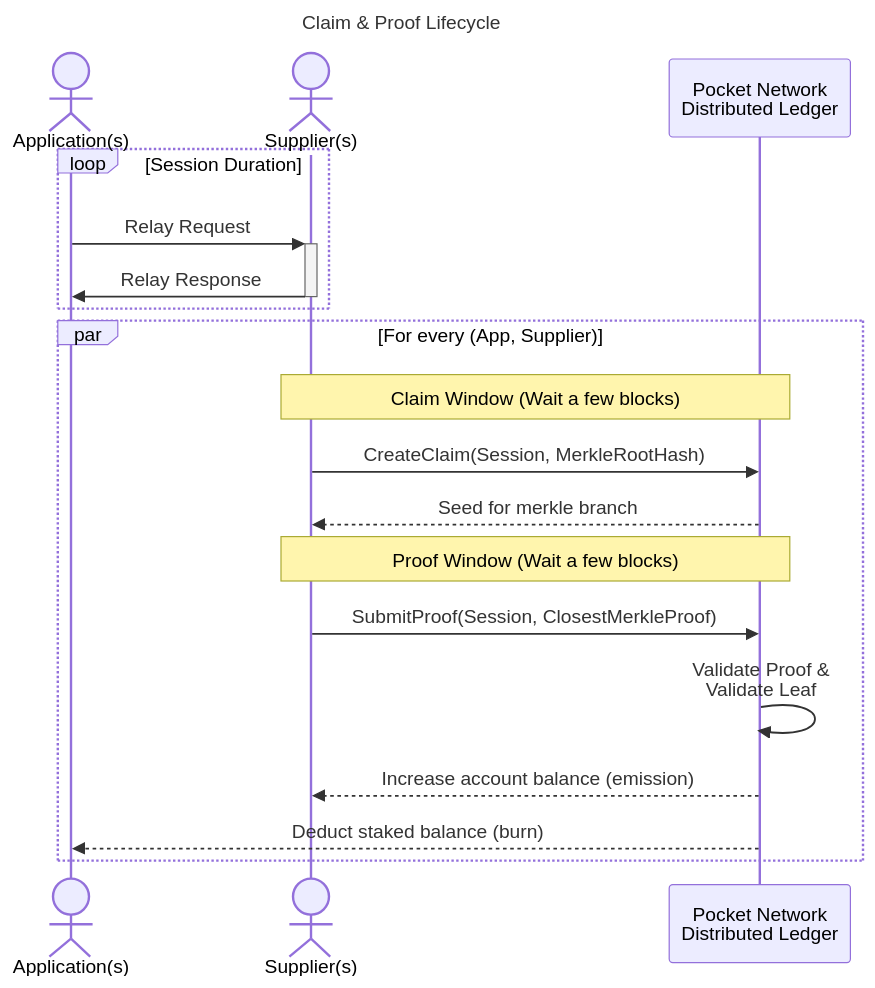
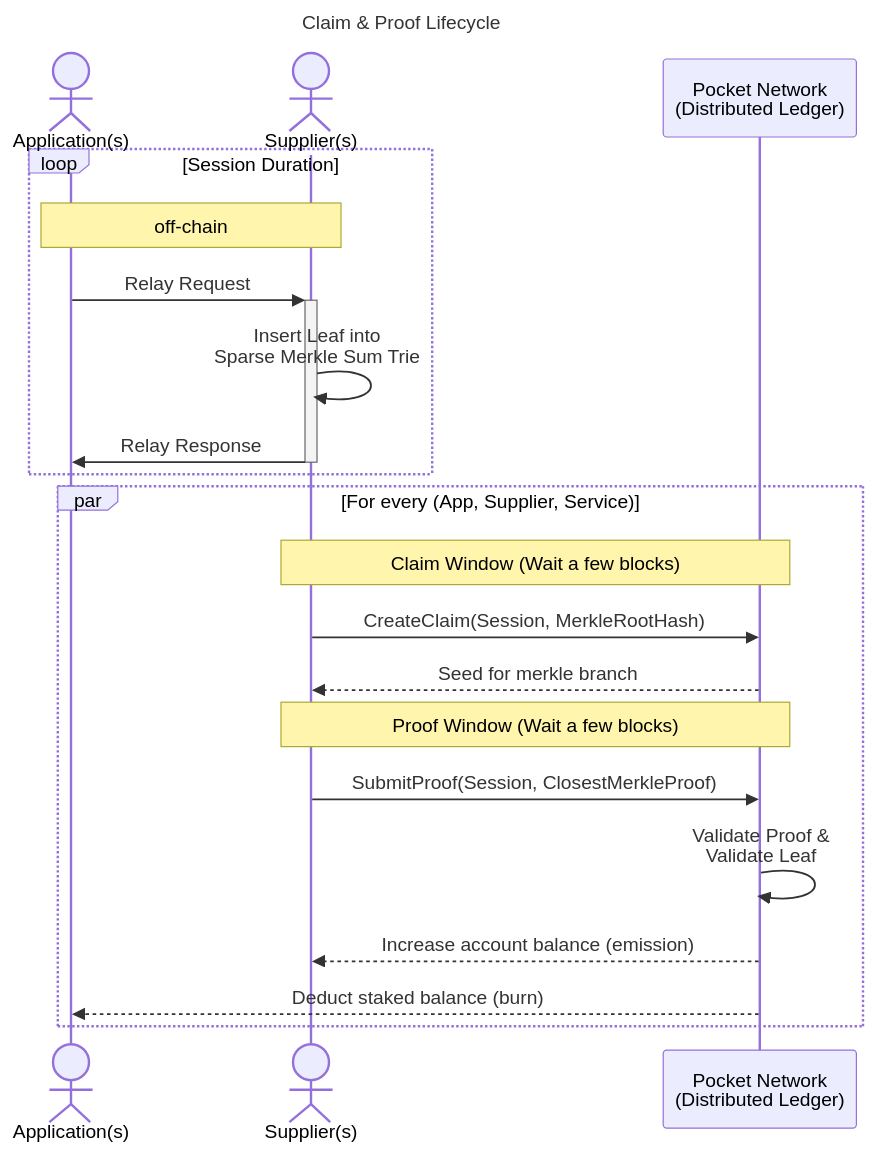
The first of 8 diagrams in docusaurus/docs/protocol/claim_and_proof_lifecycle.md (pokt-network/poktroll), drawn with Mermaid before and after one commit. The commit also changed other lines of this file and 1 other file, not shown here.

````diff
--- a/docusaurus/docs/protocol/claim_and_proof_lifecycle.md
+++ b/docusaurus/docs/protocol/claim_and_proof_lifecycle.md
@@ -57,25 +56,27 @@
 ```mermaid
 ---
 title: Claim & Proof Lifecycle
 ---
 sequenceDiagram
     actor A as Application(s)
     actor S as Supplier(s)
-    participant PN as Pocket Network<br>Distributed Ledger
+    participant PN as Pocket Network<br>(Distributed Ledger)
 
     loop Session Duration
+        note over A,S: off-chain
         A ->> +S: Relay Request
+        S ->> S: Insert Leaf into <br> Sparse Merkle Sum Trie
         S ->> -A: Relay Response
     end
 
-    par For every (App, Supplier)
+    par For every (App, Supplier, Service)
         note over S, PN: Claim Window (Wait a few blocks)
         S ->> PN: CreateClaim(Session, MerkleRootHash)
         PN -->> S: Seed for merkle branch
         note over S, PN: Proof Window (Wait a few blocks)
         S ->> PN: SubmitProof(Session, ClosestMerkleProof)
         PN ->> PN: Validate Proof & <br> Validate Leaf
         PN -->> S: Increase account balance (emission)
         PN -->> A: Deduct staked balance (burn)
     end
 ```
````
